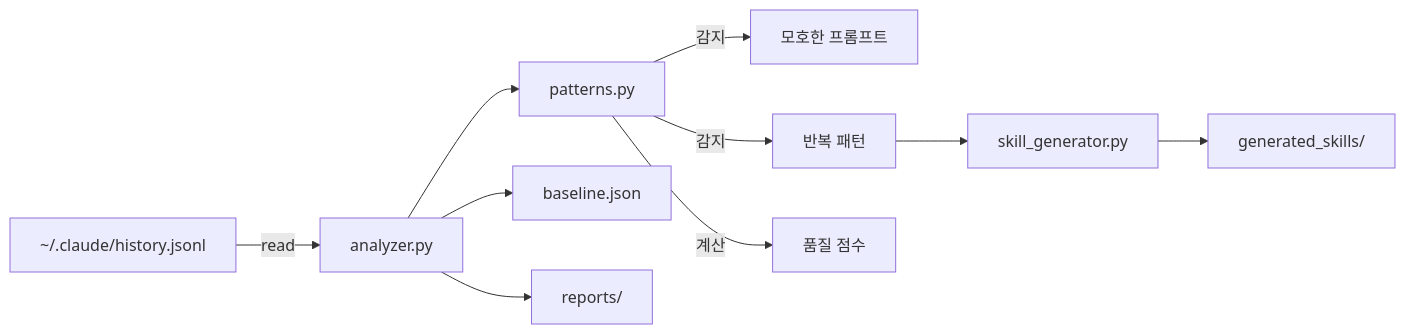
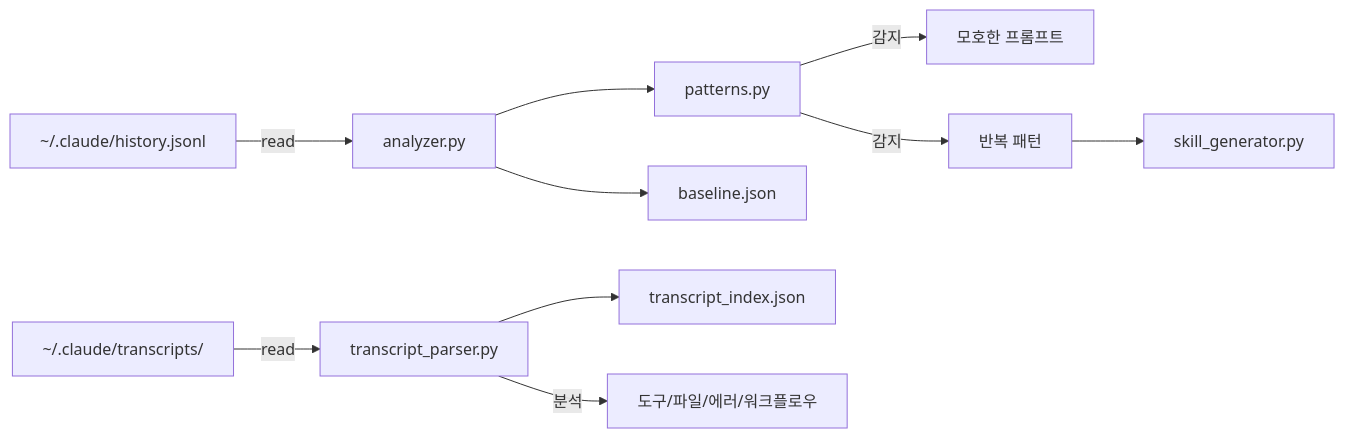
The diagram in README.md (Taehyeon-Kim/cc-insights), drawn with Mermaid before and after one commit. The commit also changed other lines of this file and 5 other files, not shown here.

First line of the commit message:
feat: add transcript parser for tool usage, file activity, and workflow analysis

````diff
--- a/README.md
+++ b/README.md
@@ -16,12 +17,12 @@
 ```mermaid
 graph LR
     A["~/.claude/history.jsonl"] -->|read| B["analyzer.py"]
+    T["~/.claude/transcripts/"] -->|read| P["transcript_parser.py"]
     B --> C["patterns.py"]
     B --> D["baseline.json"]
-    B --> E["reports/"]
+    P --> X["transcript_index.json"]
     C -->|감지| F["모호한 프롬프트"]
     C -->|감지| G["반복 패턴"]
-    C -->|계산| H["품질 점수"]
+    P -->|분석| Y["도구/파일/에러/워크플로우"]
     G --> I["skill_generator.py"]
-    I --> J["generated_skills/"]
 ```
````
